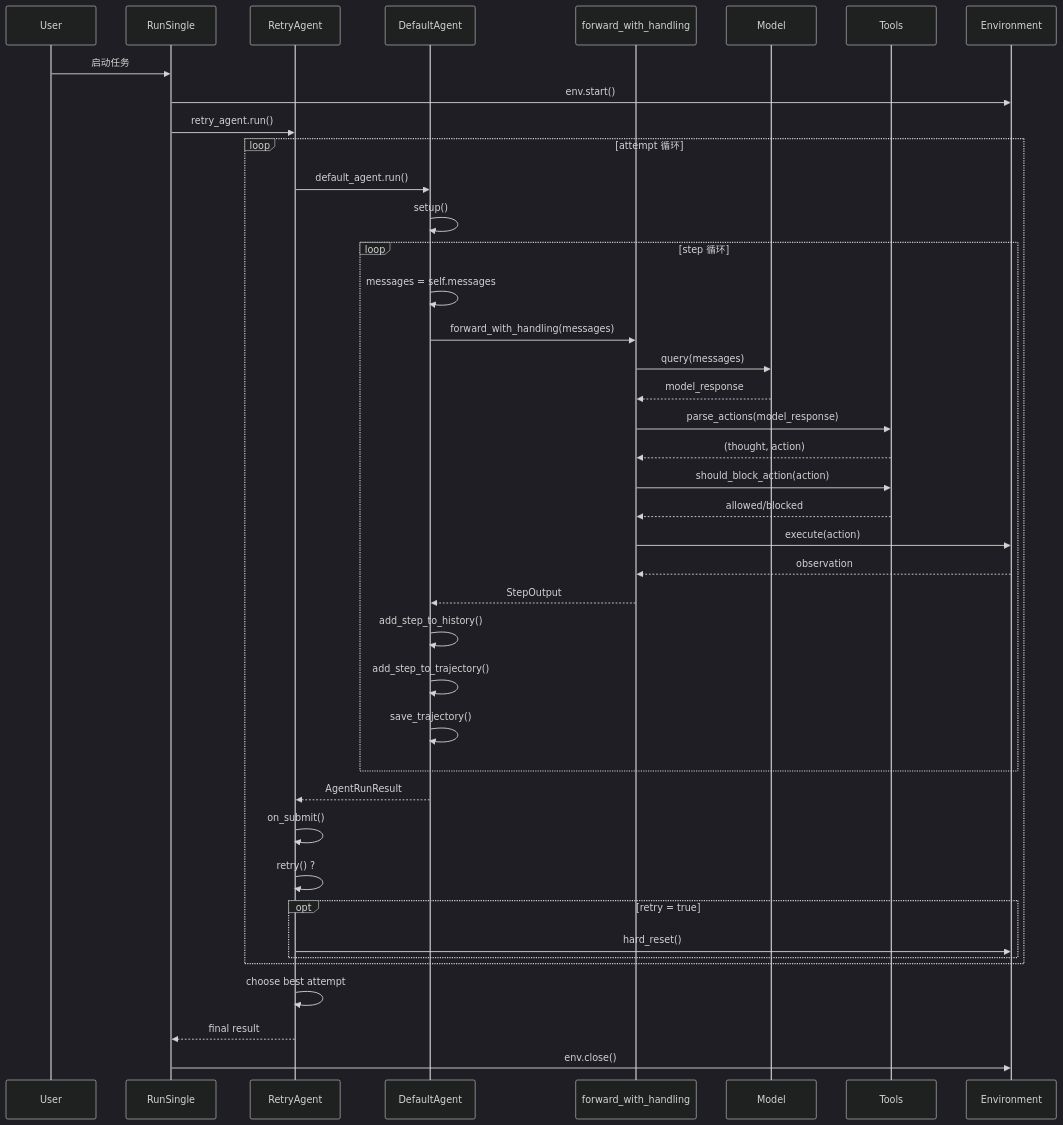
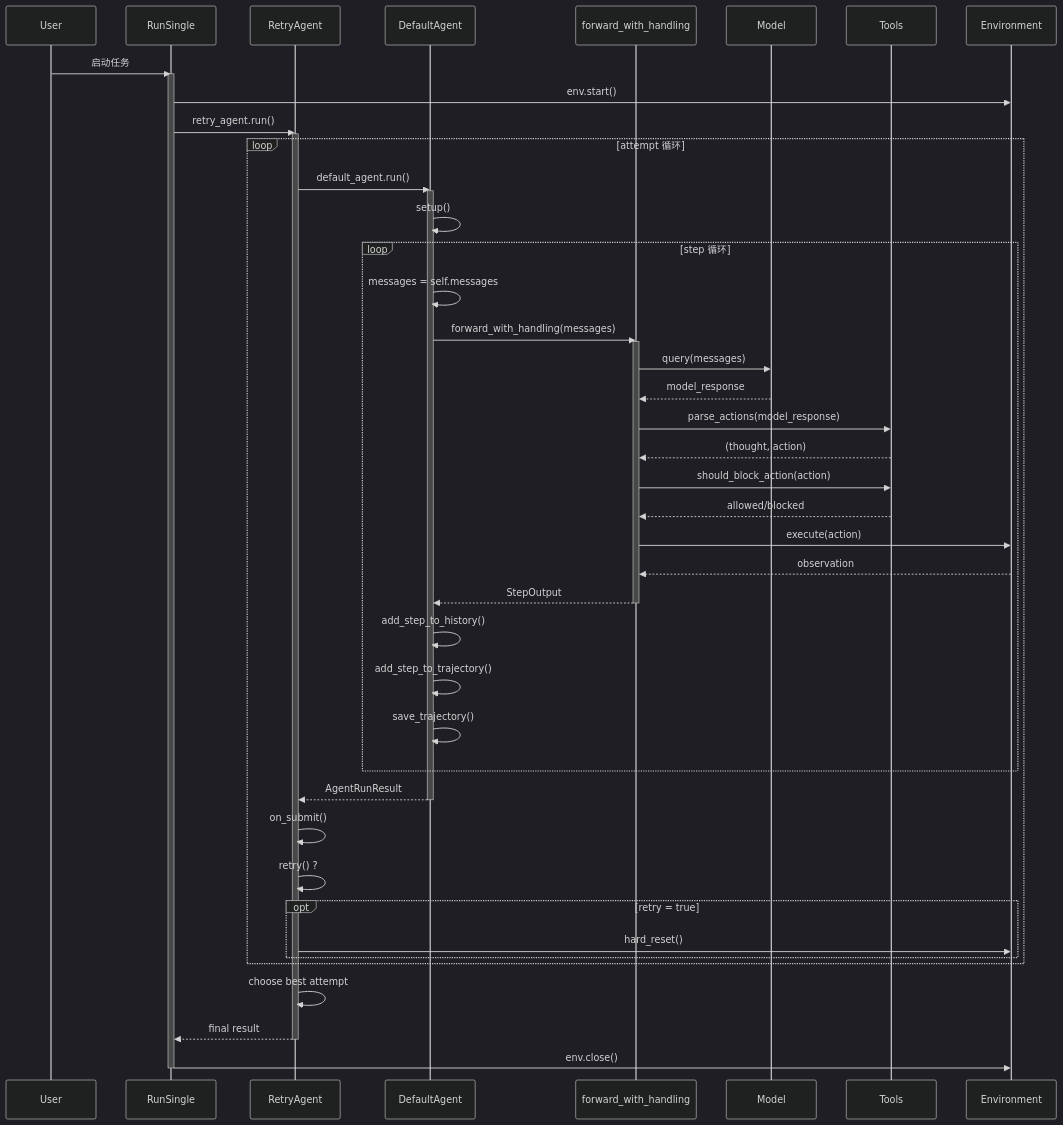
The fourth of 9 diagrams in docs/swe-agent/04-swe-agent-agent-loop.md (giraffe-tree/agent-base), drawn with Mermaid (dark theme) before and after one commit. The commit also changed other lines of this file and 39 other files, not shown here.

````diff
--- a/docs/swe-agent/04-swe-agent-agent-loop.md
+++ b/docs/swe-agent/04-swe-agent-agent-loop.md
@@ -344,50 +344,60 @@
 ```mermaid
 sequenceDiagram
     participant U as User
     participant R as RunSingle
     participant RA as RetryAgent
     participant DA as DefaultAgent
     participant F as forward_with_handling
     participant M as Model
     participant T as Tools
     participant E as Environment
 
     U->>R: 启动任务
+    activate R
+
     R->>E: env.start()
     R->>RA: retry_agent.run()
+    activate RA
 
     loop attempt 循环
         RA->>DA: default_agent.run()
+        activate DA
         DA->>DA: setup()
 
         loop step 循环
             DA->>DA: messages = self.messages
             DA->>F: forward_with_handling(messages)
+            activate F
 
             F->>M: query(messages)
             M-->>F: model_response
             F->>T: parse_actions(model_response)
             T-->>F: (thought, action)
             F->>T: should_block_action(action)
             T-->>F: allowed/blocked
             F->>E: execute(action)
             E-->>F: observation
             F-->>DA: StepOutput
+            deactivate F
 
             DA->>DA: add_step_to_history()
             DA->>DA: add_step_to_trajectory()
             DA->>DA: save_trajectory()
         end
 
         DA-->>RA: AgentRunResult
+        deactivate DA
+
         RA->>RA: on_submit()
         RA->>RA: retry() ?
         opt retry = true
             RA->>E: hard_reset()
         end
     end
 
     RA->>RA: choose best attempt
     RA-->>R: final result
+    deactivate RA
     R->>E: env.close()
+    deactivate R
 ```
````
